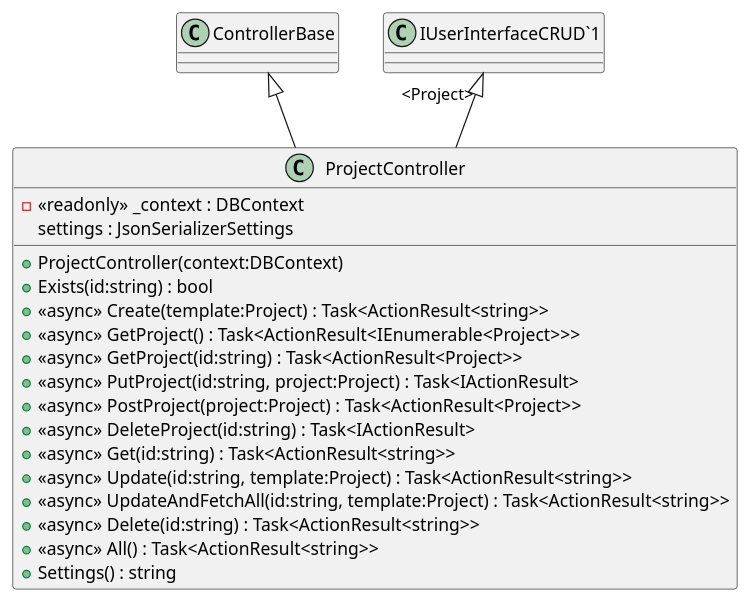
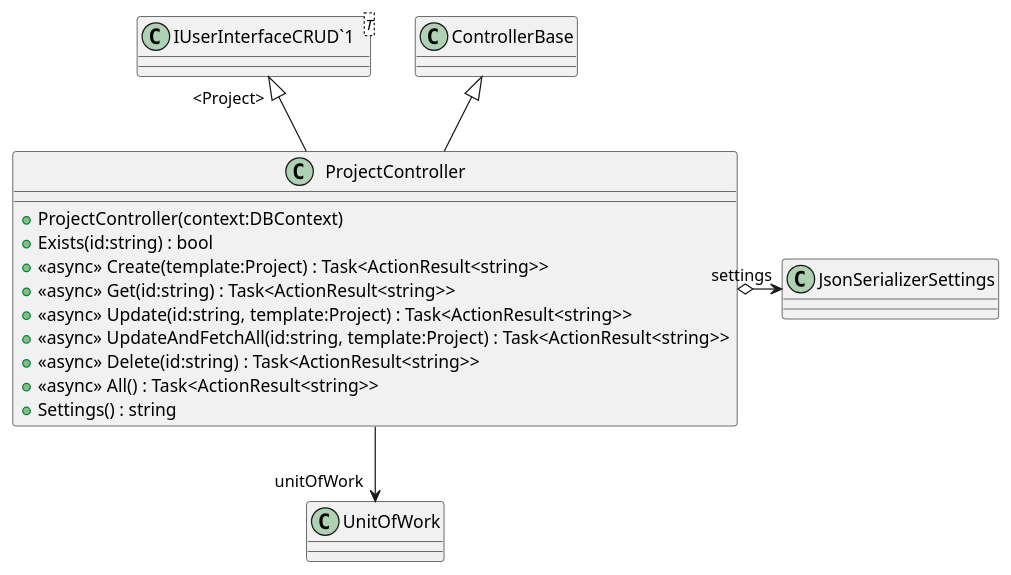
Before and after one commit to timothxy/ICT2106_P3_Project: the diagram in YouthActionDotNet/uml/Controllers/ProjectController.puml, drawn with PlantUML. The commit also changed 31 other files, not shown here.

Commit message:
update uml

```diff
--- a/YouthActionDotNet/uml/Controllers/ProjectController.puml
+++ b/YouthActionDotNet/uml/Controllers/ProjectController.puml
@@ -1,22 +1,19 @@
 @startuml
 class ProjectController {
-    - <<readonly>> _context : DBContext
-    settings : JsonSerializerSettings
     + ProjectController(context:DBContext)
     + Exists(id:string) : bool
     + <<async>> Create(template:Project) : Task<ActionResult<string>>
-    + <<async>> GetProject() : Task<ActionResult<IEnumerable<Project>>>
-    + <<async>> GetProject(id:string) : Task<ActionResult<Project>>
-    + <<async>> PutProject(id:string, project:Project) : Task<IActionResult>
-    + <<async>> PostProject(project:Project) : Task<ActionResult<Project>>
-    + <<async>> DeleteProject(id:string) : Task<IActionResult>
     + <<async>> Get(id:string) : Task<ActionResult<string>>
     + <<async>> Update(id:string, template:Project) : Task<ActionResult<string>>
     + <<async>> UpdateAndFetchAll(id:string, template:Project) : Task<ActionResult<string>>
     + <<async>> Delete(id:string) : Task<ActionResult<string>>
     + <<async>> All() : Task<ActionResult<string>>
     + Settings() : string
 }
+class "IUserInterfaceCRUD`1"<T> {
+}
 ControllerBase <|-- ProjectController
 "IUserInterfaceCRUD`1" "<Project>" <|-- ProjectController
+ProjectController --> "unitOfWork" UnitOfWork
+ProjectController o-> "settings" JsonSerializerSettings
 @enduml
```
